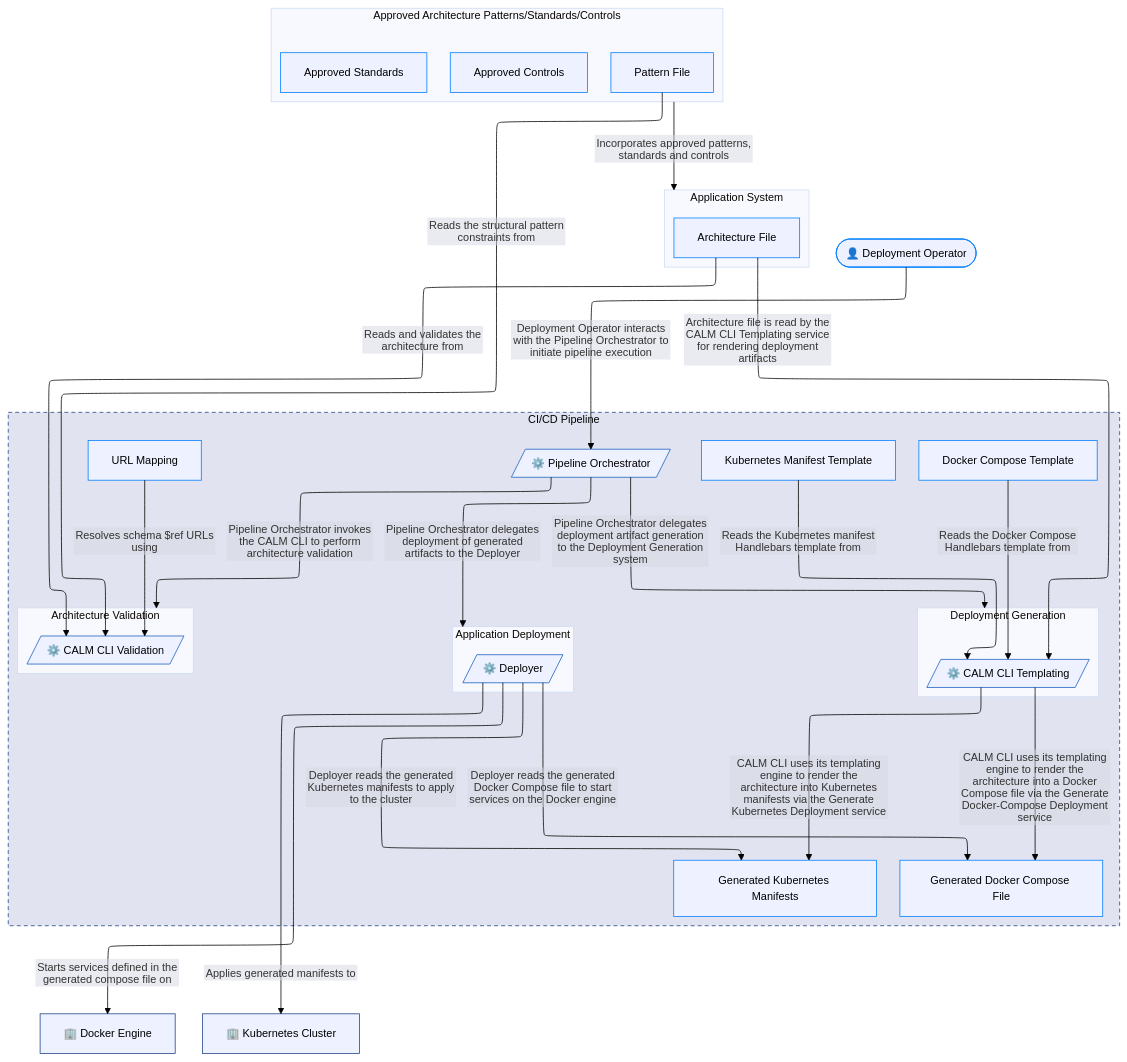
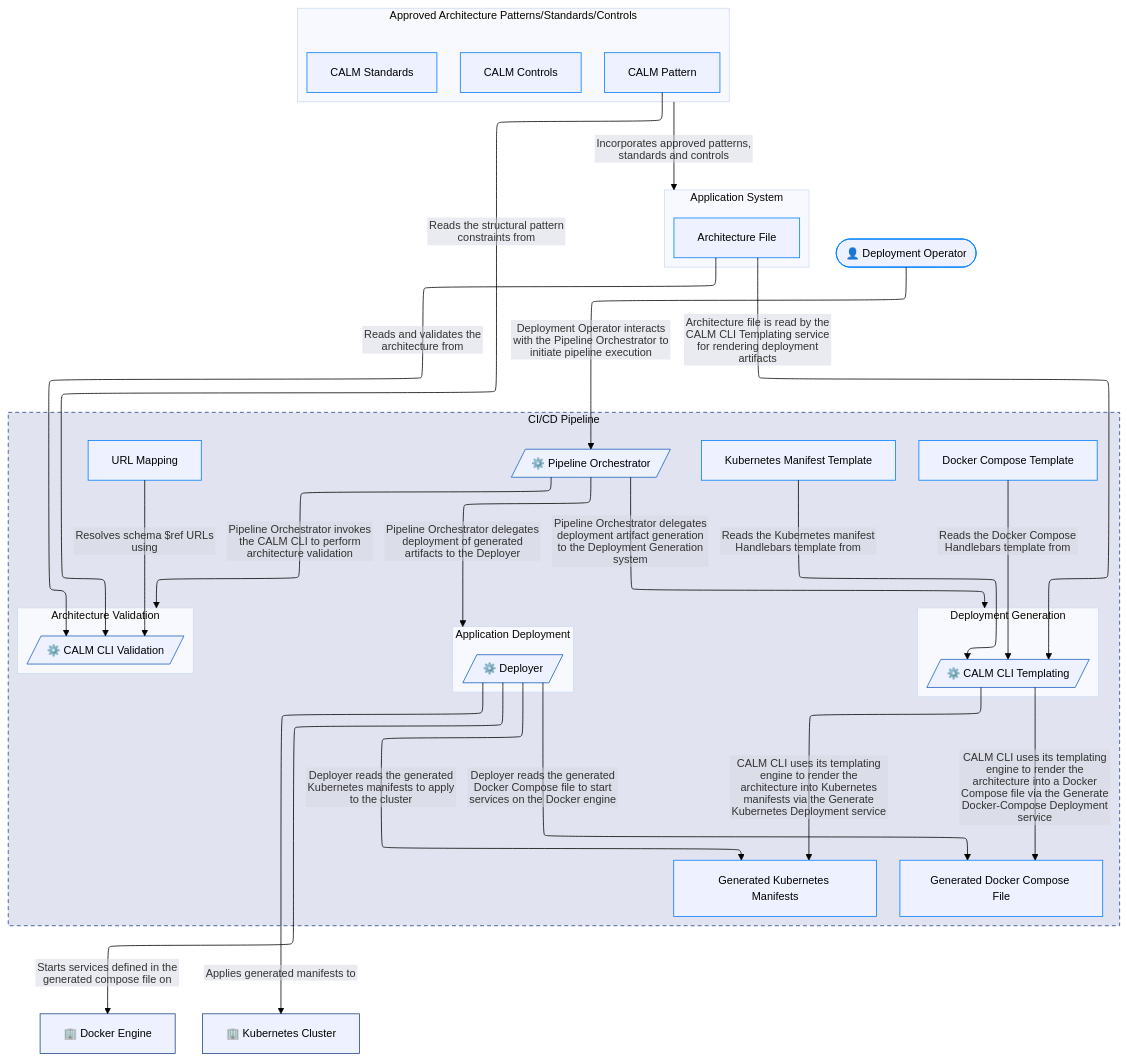
Before and after one commit to jimthompson5802/my-fullstack-app: the second of 4 diagrams in docs/ci-cd-validation-overview.md, drawn with Mermaid. The commit also changed 1 other file, not shown here.

Commit message:
Update CI/CD architecture documentation to reflect CALM terminology for controls, standards, and patterns

````diff
--- a/docs/ci-cd-validation-overview.md
+++ b/docs/ci-cd-validation-overview.md
@@ -85,9 +85,9 @@
         class application-system boundary
         subgraph approved-architecture-patterns-standards-controls["Approved Architecture Patterns/Standards/Controls"]
         direction TB
-            approved-controls["Approved Controls"]:::node
-            approved-standards["Approved Standards"]:::node
-            pattern-file["Pattern File"]:::node
+            approved-controls["CALM Controls"]:::node
+            pattern-file["CALM Pattern"]:::node
+            approved-standards["CALM Standards"]:::node
         end
         class approved-architecture-patterns-standards-controls boundary
         subgraph ci-cd-pipeline["CI/CD Pipeline"]
@@ -138,4 +138,6 @@
     deployer -->|Starts services defined in the generated compose file on| docker-engine
     approved-architecture-patterns-standards-controls -->|Incorporates approved patterns, standards and controls| application-system
 
+
+
 ```
````
